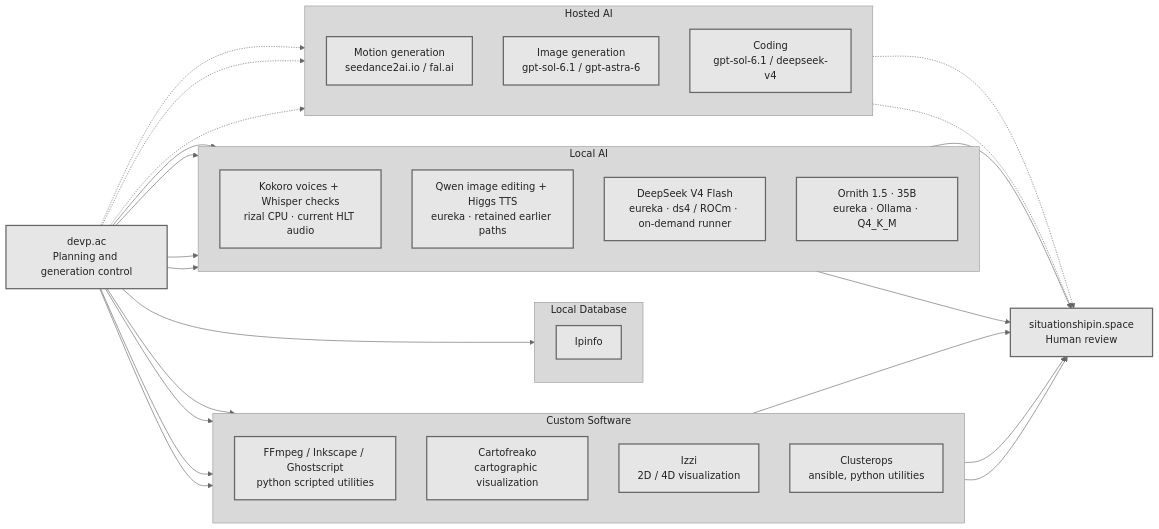
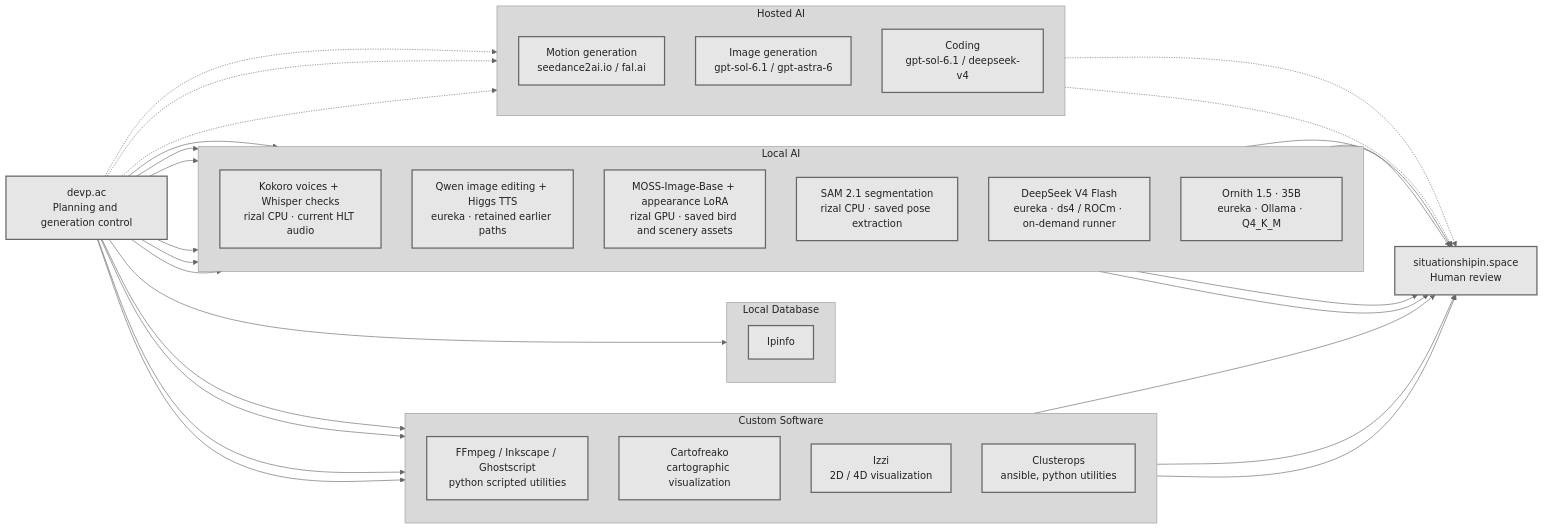
Before and after one commit to bdekoz/izzi.public: the first of 3 diagrams in docs/workflows.md, drawn with Mermaid. The commit also changed other lines of this file and 2630 other files, not shown here.

````diff
--- a/docs/workflows.md
+++ b/docs/workflows.md
@@ -30,55 +47,61 @@
 ```mermaid
 flowchart LR
     I["devp.ac<br/>Planning and generation control"]
     subgraph SOFTWARE["Custom Software"]
         direction TB
         NATIVE["FFmpeg / Inkscape / Ghostscript<br/>python scripted utilities"]
         CARTO["Cartofreako<br/>cartographic visualization"]
         IZZI["Izzi<br/>2D / 4D visualization"]
         CLUSTEROPS["Clusterops<br/>ansible, python utilities"]
     end
     subgraph DATABASE["Local Database"]
         direction TB
         IPINFO["Ipinfo"]
     end
     subgraph LOCALAI["Local AI"]
         direction TB
         AUDIO["Kokoro voices + Whisper checks<br/>rizal CPU · current HLT audio"]
         PRIOR["Qwen image editing + Higgs TTS<br/>eureka · retained earlier paths"]
+        MOSS["MOSS-Image-Base + appearance LoRA<br/>rizal GPU · saved bird and scenery assets"]
+        SAM["SAM 2.1 segmentation<br/>rizal CPU · saved pose extraction"]
         DS["DeepSeek V4 Flash<br/>eureka · ds4 / ROCm · on-demand runner"]
         ORN["Ornith 1.5 · 35B<br/>eureka · Ollama · Q4_K_M"]
     end
     subgraph HOSTEDAI["Hosted AI"]
         direction TB
         CLOUD["Motion generation<br/>seedance2ai.io / fal.ai"]
         IMAGE["Image generation<br/>gpt-sol-6.1 / gpt-astra-6"]
         CODING["Coding<br/>gpt-sol-6.1 / deepseek-v4"]
     end
     REVIEW["situationshipin.space<br/>Human review"]
     I --> DS
     I --> ORN
     I -.-> CODING
     I --> AUDIO
     I --> PRIOR
+    I --> MOSS
+    I --> SAM
     I --> NATIVE
     I --> CARTO
     I --> IZZI
     I --> CLUSTEROPS
     I --> IPINFO
     I -.-> CLOUD
     I -.-> IMAGE
     AUDIO --> REVIEW
     PRIOR --> REVIEW
+    MOSS --> REVIEW
+    SAM --> REVIEW
     NATIVE --> REVIEW
     CARTO --> REVIEW
     IZZI --> REVIEW
     CLOUD -.-> REVIEW
     IMAGE -.-> REVIEW
     classDef node fill:#e6e6e6,stroke:#666666,color:#222222,stroke-width:2px
-    class I,AUDIO,PRIOR,NATIVE,CARTO,IZZI,CLUSTEROPS,IPINFO,DS,ORN,CLOUD,IMAGE,CODING,REVIEW node
+    class I,AUDIO,PRIOR,MOSS,SAM,NATIVE,CARTO,IZZI,CLUSTEROPS,IPINFO,DS,ORN,CLOUD,IMAGE,CODING,REVIEW node
     style SOFTWARE fill:#d9d9d9,stroke:#999999,color:#222222
     style DATABASE fill:#d9d9d9,stroke:#999999,color:#222222
     style LOCALAI fill:#d9d9d9,stroke:#999999,color:#222222
     style HOSTEDAI fill:#d9d9d9,stroke:#999999,color:#222222
     linkStyle default stroke:#666666,color:#222222
 ```
````
